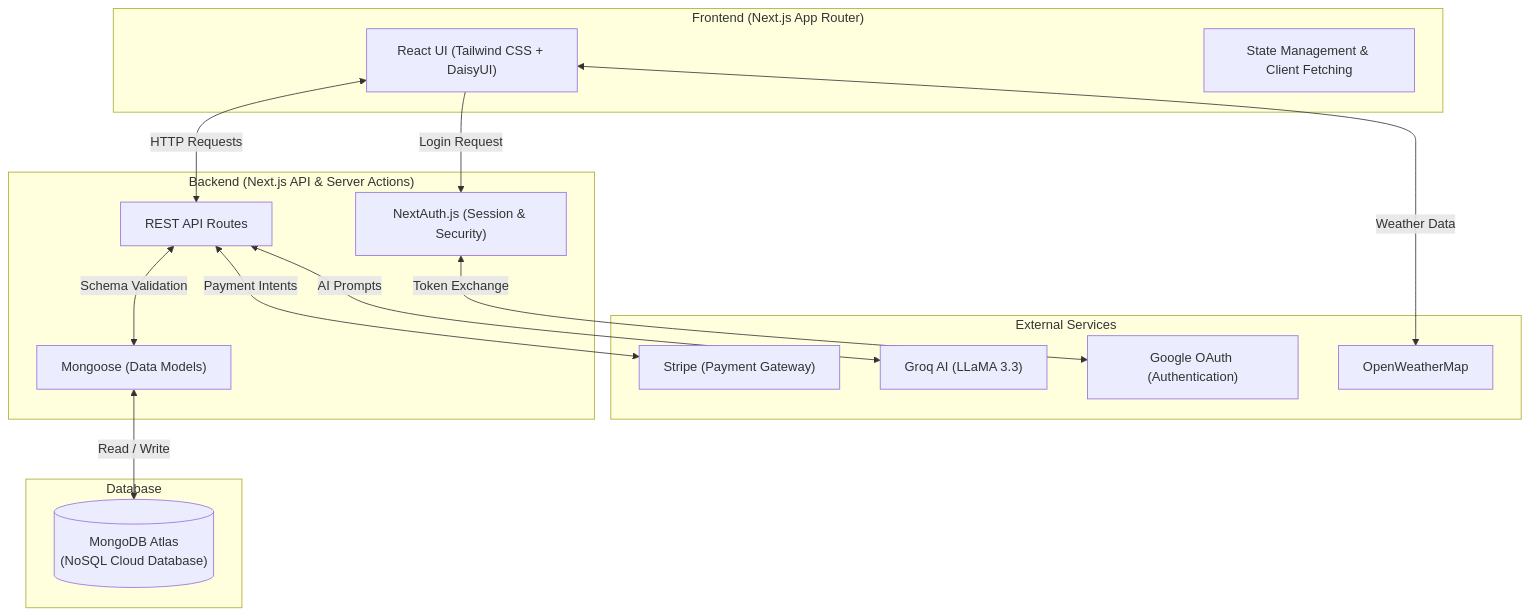
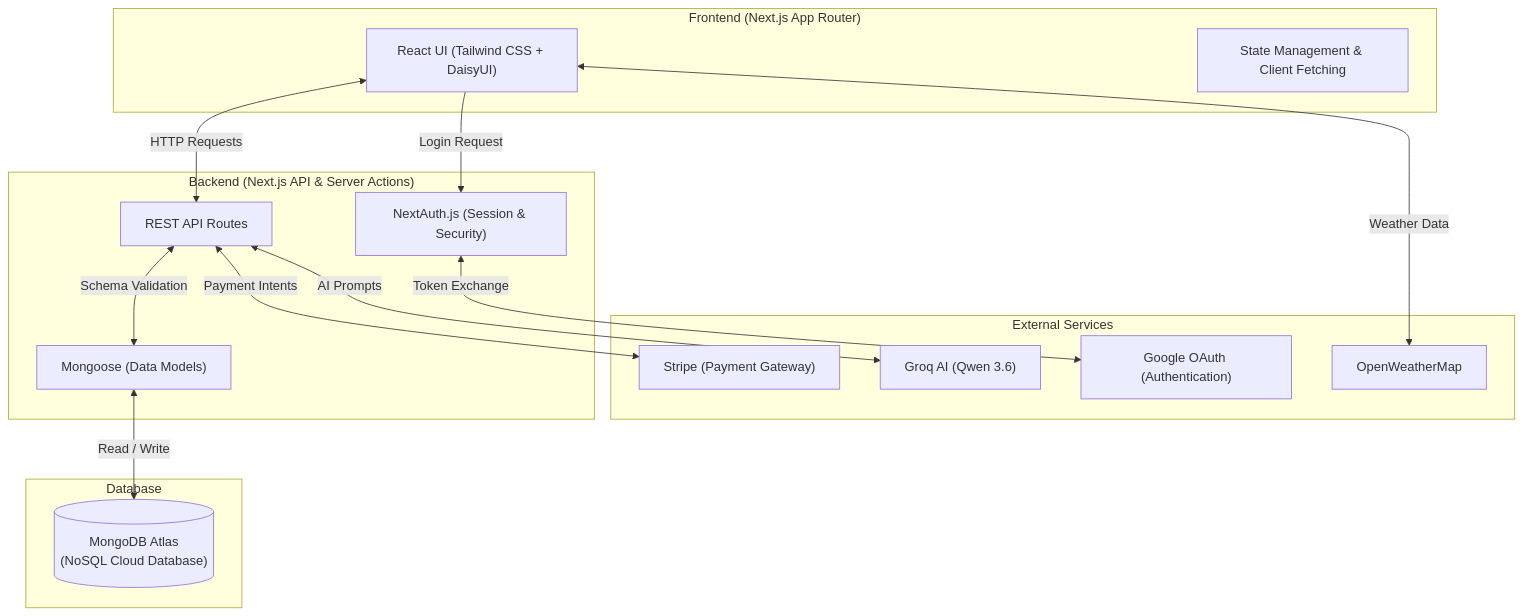
The diagram in README.md (SiratimMChy/Navora-AI-Travel-Guide), drawn with Mermaid before and after one commit. The commit also changed other lines of this file, not shown here.

````diff
--- a/README.md
+++ b/README.md
@@ -144,33 +144,33 @@
 ```mermaid
 flowchart TB
     subgraph Client ["Frontend (Next.js App Router)"]
         UI["React UI (Tailwind CSS + DaisyUI)"]
         State["State Management & Client Fetching"]
     end
 
     subgraph Server ["Backend (Next.js API & Server Actions)"]
         API["REST API Routes"]
         Auth["NextAuth.js (Session & Security)"]
         ODM["Mongoose (Data Models)"]
     end
 
     subgraph DB ["Database"]
         Mongo[("MongoDB Atlas\n(NoSQL Cloud Database)")]
     end
 
     subgraph Ext ["External Services"]
         Stripe["Stripe (Payment Gateway)"]
-        Groq["Groq AI (LLaMA 3.3)"]
+        Groq["Groq AI (Qwen 3.6)"]
         OAuth["Google OAuth (Authentication)"]
         Weather["OpenWeatherMap"]
     end
 
     UI <-->|HTTP Requests| API
     UI -->|Login Request| Auth
     Auth <-->|Token Exchange| OAuth
     API <-->|Schema Validation| ODM
     ODM <-->|Read / Write| Mongo
     API <-->|Payment Intents| Stripe
     API <-->|AI Prompts| Groq
     UI <-->|Weather Data| Weather
 ```
````
